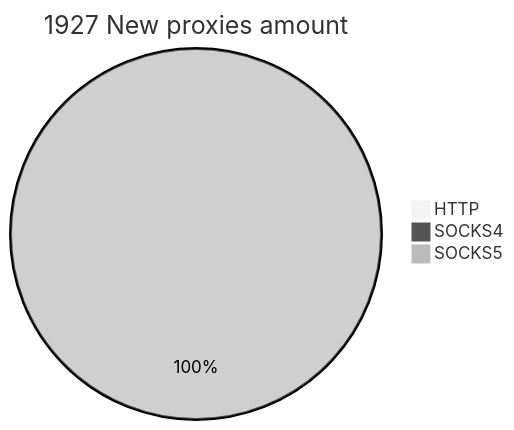
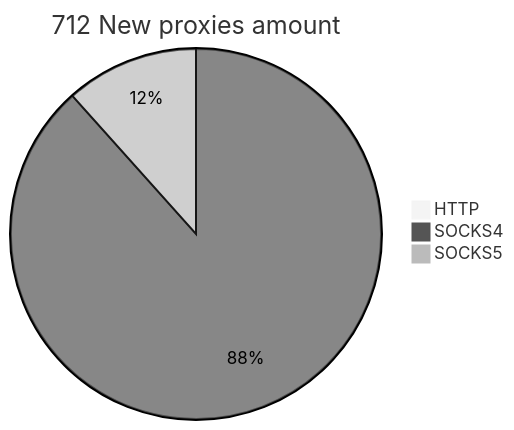
Before and after one commit to cutipu/proxylist: the second of 2 diagrams in README.md, drawn with Mermaid (neutral theme). The commit also changed other lines of this file, not shown here.

````diff
--- a/README.md
+++ b/README.md
@@ -10,6 +10,6 @@
 ```mermaid
-pie title 1927 New proxies amount
-    "HTTP" : 0
-    "SOCKS4" : 0
-    "SOCKS5" : 2573
+pie title 712 New proxies amount
+    "HTTP" : 6
+    "SOCKS4" : 624
+    "SOCKS5" : 82
 ```
````
